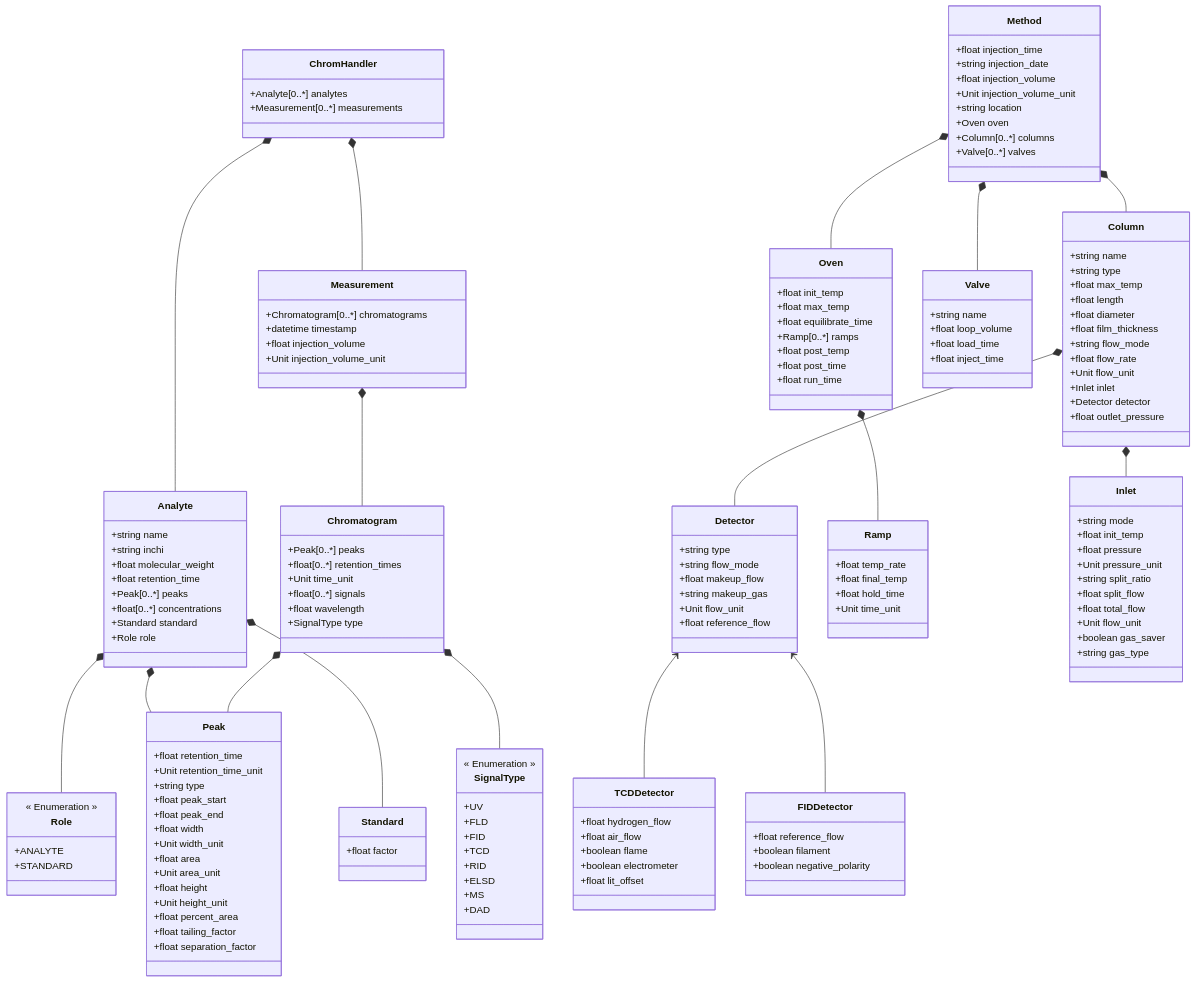
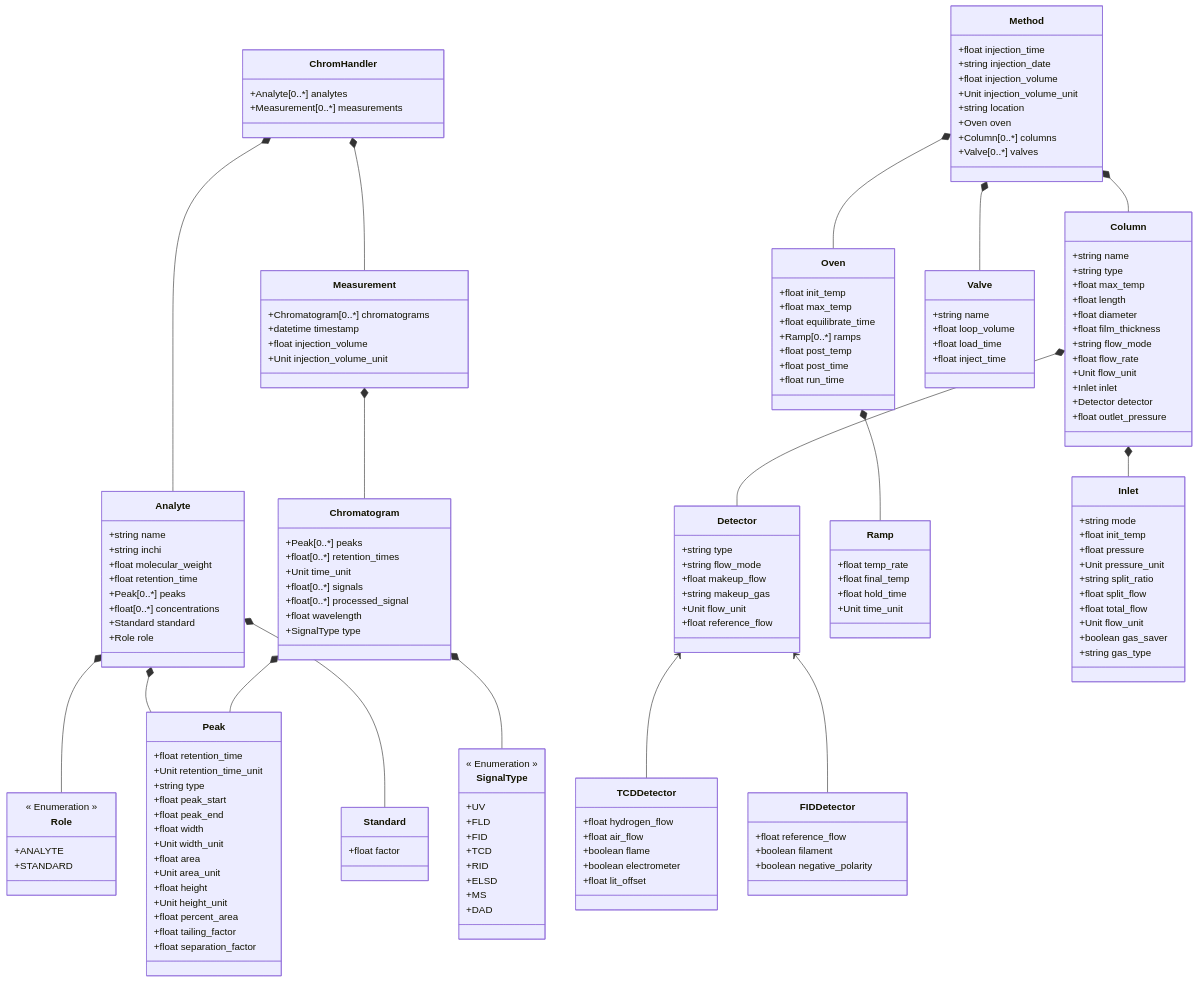
Before and after one commit to FAIRChemistry/chromatopy: the diagram in chromatopy/schemes/chromatopy_schema.md, drawn with Mermaid. The commit also changed 16 other files, not shown here.

```diff
--- a/chromatopy/schemes/chromatopy_schema.md
+++ b/chromatopy/schemes/chromatopy_schema.md
@@ -45,6 +45,7 @@
         +float[0..*] retention_times
         +Unit time_unit
         +float[0..*] signals
+        +float[0..*] processed_signal
         +float wavelength
         +SignalType type
     }
```
